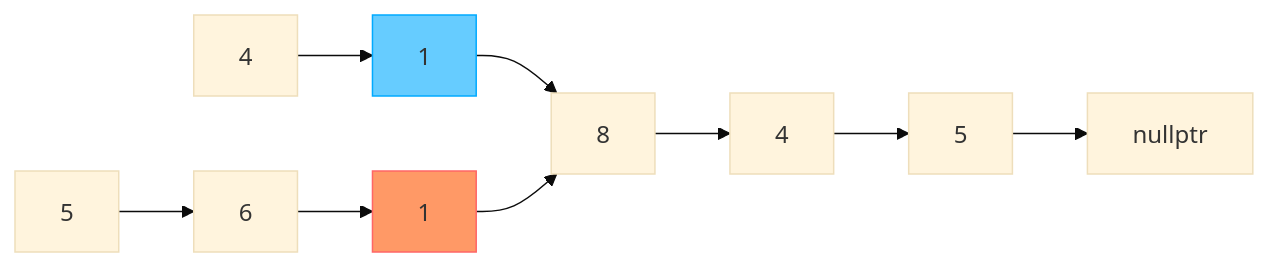
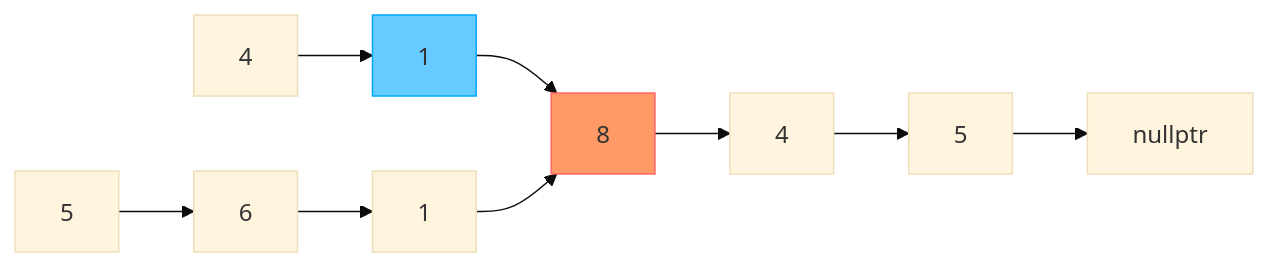
Diagram 11 of 13 in 160. Intersection of Two Linked Lists.md (ianchen0419/cpp-leetcode), drawn with Mermaid (base theme) before and after one commit. The commit also changed other lines of this file, not shown here.

````diff
--- a/160. Intersection of Two Linked Lists.md
+++ b/160. Intersection of Two Linked Lists.md
@@ -155,14 +189,14 @@
 ```mermaid
 flowchart LR
     a[4]-->b[1]
     b:::blue-->c[8]
-    c-->d[4]
+    c:::orange-->d[4]
     d-->e[5]
     e-->x[nullptr]
     f[5]-->g[6]
     g-->h[1]
-    h:::orange-->c
+    h-->c
 
     classDef orange fill:#f96,stroke:#f66
     classDef blue fill:#6cf,stroke:#0af
 ```
````
